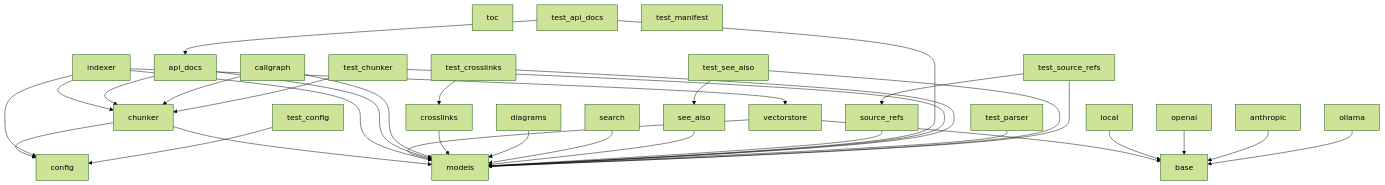
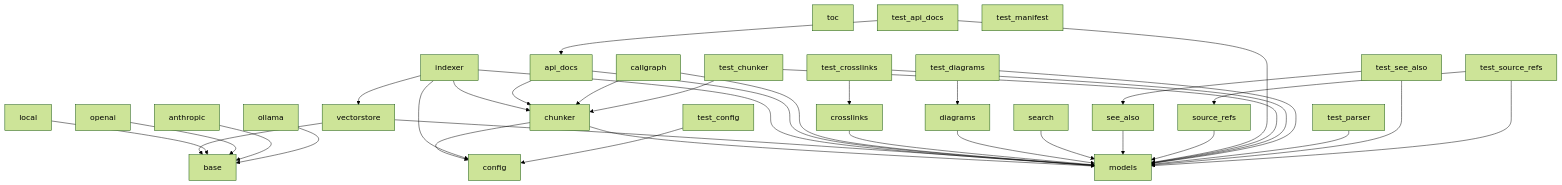
Before and after one commit to UrbanDiver/local-deepwiki-mcp: the diagram in .deepwiki/dependencies.md, drawn with Mermaid (forest theme). The commit also changed other lines of this file and 29 other files, not shown here.

Commit message:
Regenerate wiki with enhanced diagram features

````diff
--- a/.deepwiki/dependencies.md
+++ b/.deepwiki/dependencies.md
@@ -80,62 +119,65 @@
 ```mermaid
 flowchart TD
     M0[config]
     M1[chunker]
     M2[indexer]
     M3[vectorstore]
     M4[api_docs]
     M5[callgraph]
     M6[crosslinks]
     M7[diagrams]
     M8[search]
     M9[see_also]
     M10[source_refs]
     M11[toc]
     M12[models]
     M13[base]
     M14[local]
     M15[openai]
     M16[anthropic]
     M17[ollama]
     M18[test_api_docs]
     M19[test_chunker]
     M20[test_config]
     M21[test_crosslinks]
-    M22[test_manifest]
-    M23[test_parser]
-    M24[test_see_also]
-    M25[test_source_refs]
+    M22[test_diagrams]
+    M23[test_manifest]
+    M24[test_parser]
+    M25[test_see_also]
+    M26[test_source_refs]
     M1 --> M0
     M1 --> M12
     M2 --> M0
     M2 --> M1
     M2 --> M3
     M2 --> M12
     M3 --> M12
     M3 --> M13
     M4 --> M1
     M4 --> M12
     M5 --> M1
     M5 --> M12
     M6 --> M12
     M7 --> M12
     M8 --> M12
     M9 --> M12
     M10 --> M12
     M14 --> M13
     M15 --> M13
     M16 --> M13
     M17 --> M13
     M18 --> M4
     M18 --> M12
     M19 --> M1
     M19 --> M12
     M20 --> M0
     M21 --> M6
     M21 --> M12
-    M23 --> M12
-    M24 --> M9
+    M22 --> M7
+    M22 --> M12
     M24 --> M12
-    M25 --> M10
+    M25 --> M9
     M25 --> M12
+    M26 --> M10
+    M26 --> M12
 ```
````
